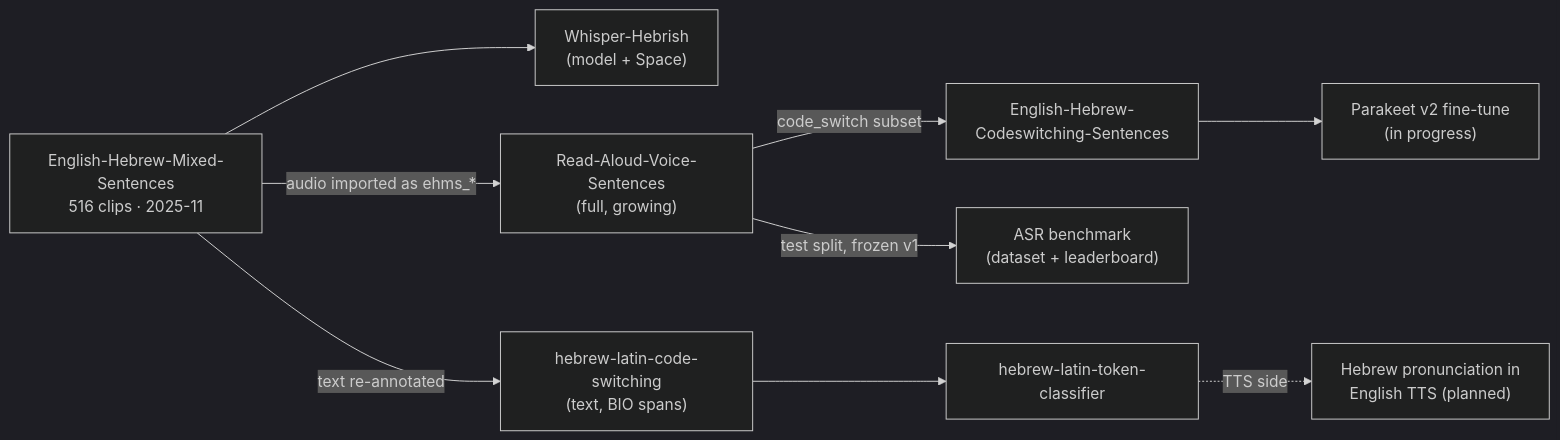
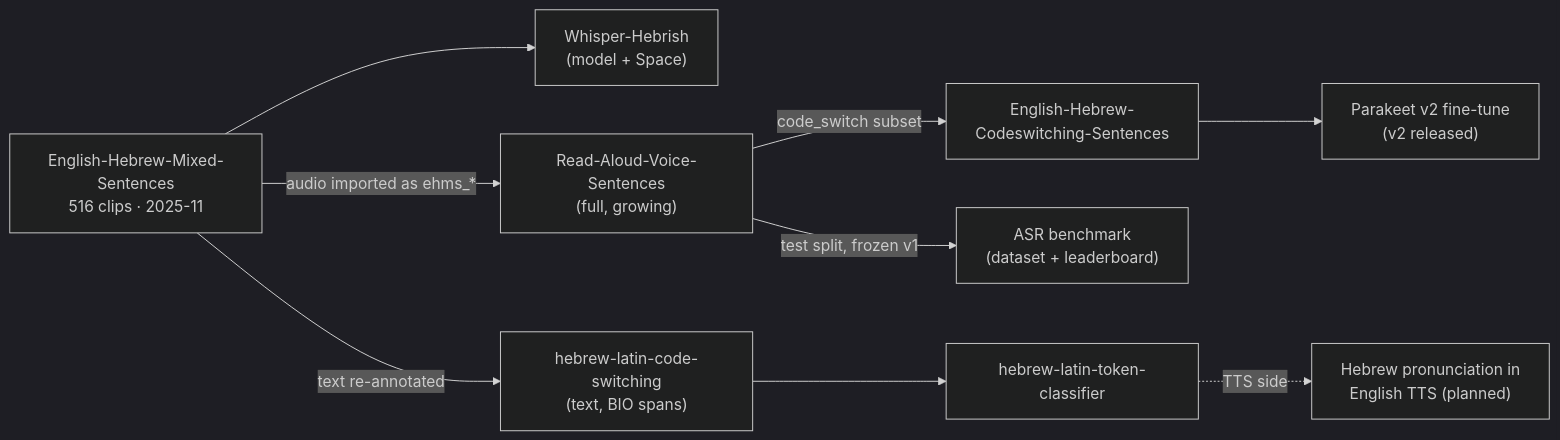
Before and after one commit to danielrosehill/English-Hebrew-Code-Switching-Index: the diagram in README.md, drawn with Mermaid (dark theme).

Commit message:
Diagram: Parakeet fine-tune released

````diff
--- a/README.md
+++ b/README.md
@@ -236,11 +236,11 @@
 ```mermaid
 flowchart LR
     EHMS["English-Hebrew-Mixed-Sentences<br/>516 clips · 2025-11"] --> WH["Whisper-Hebrish<br/>(model + Space)"]
     EHMS -- "audio imported as ehms_*" --> RAVS["Read-Aloud-Voice-Sentences<br/>(full, growing)"]
     RAVS -- "code_switch subset" --> EHCS["English-Hebrew-Codeswitching-Sentences"]
-    EHCS --> PK["Parakeet v2 fine-tune<br/>(in progress)"]
+    EHCS --> PK["Parakeet v2 fine-tune<br/>(v2 released)"]
     RAVS -- "test split, frozen v1" --> BM["ASR benchmark<br/>(dataset + leaderboard)"]
     EHMS -- "text re-annotated" --> HLCS["hebrew-latin-code-switching<br/>(text, BIO spans)"]
     HLCS --> TC["hebrew-latin-token-classifier"]
     TC -. "TTS side" .-> TTS["Hebrew pronunciation in<br/>English TTS (planned)"]
 ```
````
